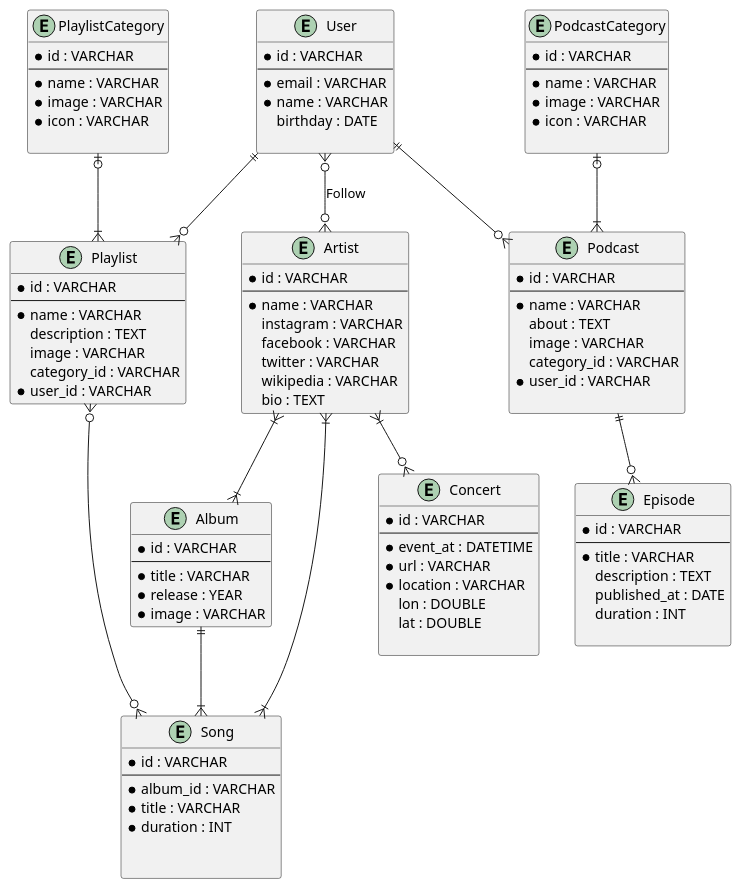
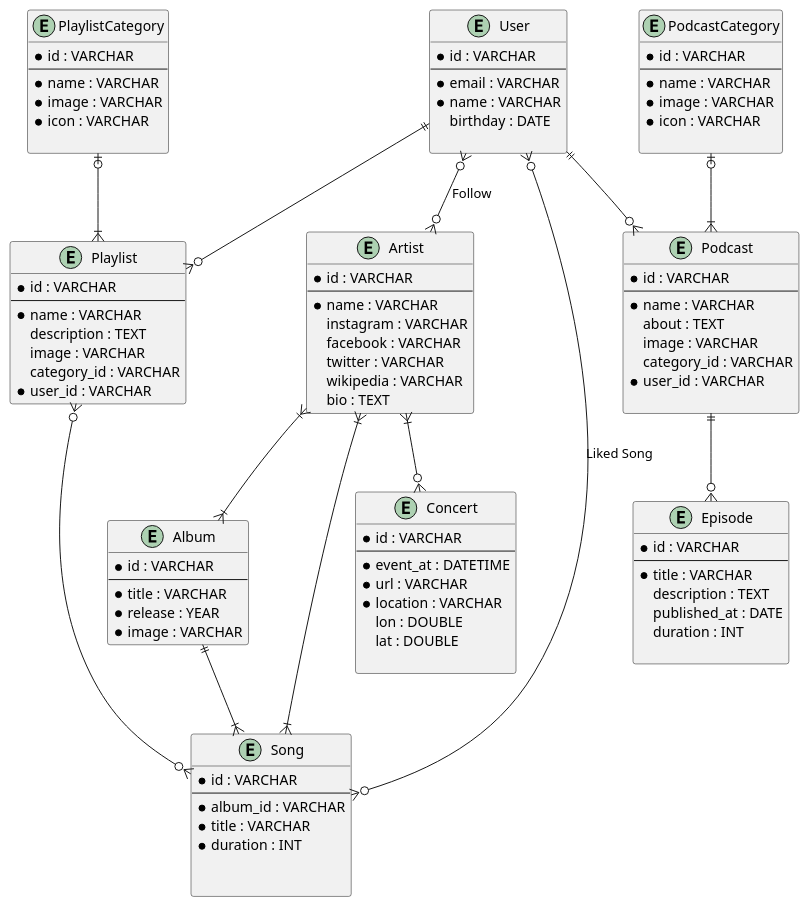
One commit to hanifiamdev/plantUML changed the diagram in spotify.puml. Above: the diagram before and after it, drawn with PlantUML.

Commit message:
Menentukan Relasi Like Song

```diff
--- a/spotify.puml
+++ b/spotify.puml
@@ -1,112 +1,114 @@
 @startuml
 entity Artist {
     * id : VARCHAR
     --
     * name : VARCHAR
     instagram : VARCHAR
     facebook : VARCHAR
     twitter : VARCHAR
     wikipedia : VARCHAR
     bio : TEXT
 }
 
 entity Album {
     * id : VARCHAR
     --
     * title : VARCHAR
     * release : YEAR
     * image : VARCHAR
 }
 
 entity Song {
     * id : VARCHAR
     --
     * album_id : VARCHAR
     * title : VARCHAR
     * duration : INT
 
 
 }
 
 entity PlaylistCategory {
     * id : VARCHAR
     --
     * name : VARCHAR
     * image : VARCHAR
     * icon : VARCHAR
 
 }
 
 
 entity Playlist {
     * id : VARCHAR
     --
     * name : VARCHAR
     description : TEXT
     image : VARCHAR
     category_id : VARCHAR
     * user_id : VARCHAR
 }
 
 entity PodcastCategory {
     * id : VARCHAR
     --
     * name : VARCHAR
     * image : VARCHAR
     * icon : VARCHAR
 
 }
 
 entity Podcast {
     * id : VARCHAR
     --
     * name : VARCHAR
     about : TEXT
     image : VARCHAR
     category_id : VARCHAR
     * user_id : VARCHAR
 
 }
 
 entity Episode {
     * id : VARCHAR
     --
     * title : VARCHAR
     description : TEXT
     published_at : DATE
     duration : INT
 
 }
 
 entity User {
     * id : VARCHAR
     --
     * email : VARCHAR
     * name : VARCHAR
     birthday : DATE
 
 }
 
 entity Concert {
    * id : VARCHAR
    --
    * event_at : DATETIME
    * url : VARCHAR
    * location : VARCHAR
    lon : DOUBLE
    lat : DOUBLE
 
 }
 Artist }|--|{ Album
 Album ||--|{ Song
 Artist }|--|{ Song
 PlaylistCategory |o--|{ Playlist
 User ||--o{ Playlist
 Playlist }o--o{ Song
 PodcastCategory |o--|{ Podcast
 User ||--o{ Podcast
 Podcast ||--o{ Episode
 Artist }|--o{ Concert
 User }o--o{ Artist : Follow
+User }o--o{ Song : Liked Song
+
 
 @enduml
```
